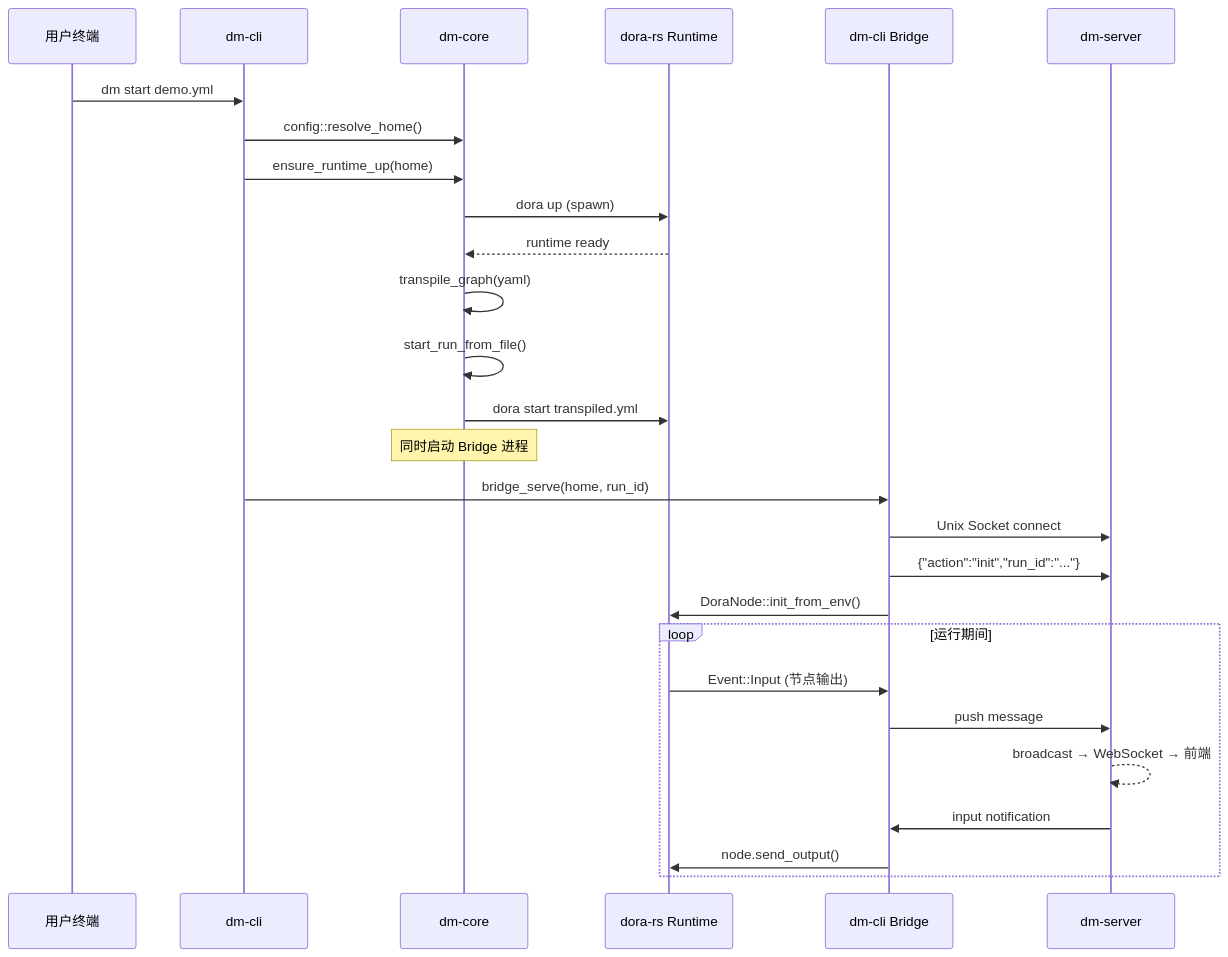
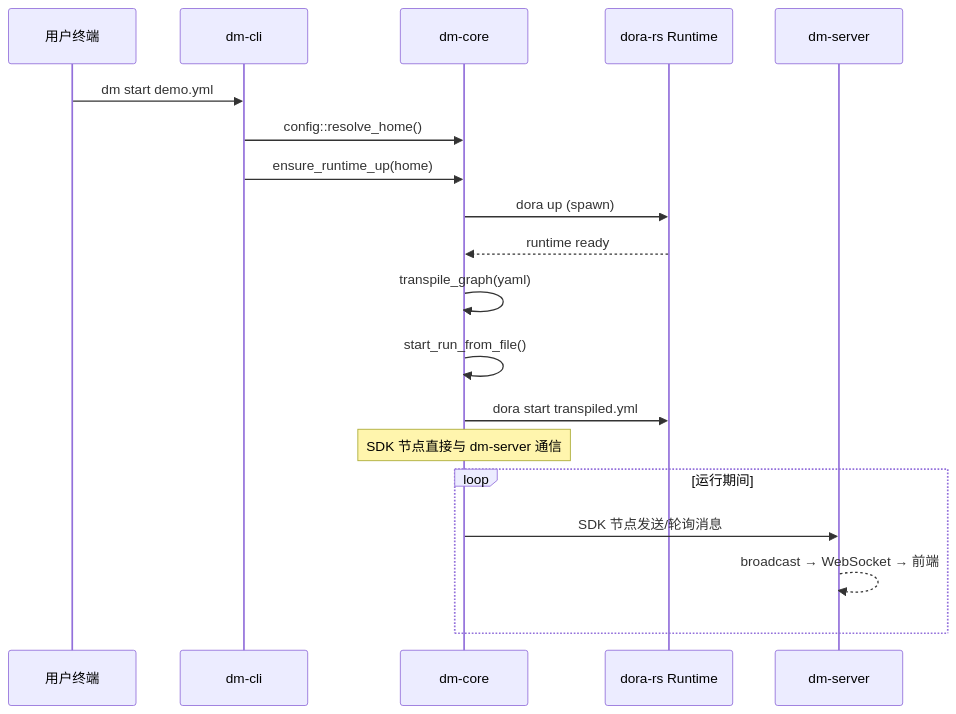
The second of 2 diagrams in wiki/zh/10-architecture-overview.md (l1veIn/dora-manager), drawn with Mermaid before and after one commit. The commit also changed other lines of this file and 29 other files, not shown here.

First line of the commit message:
docs: remove bridge references from wiki, update for SDK architecture

````diff
--- a/wiki/zh/10-architecture-overview.md
+++ b/wiki/zh/10-architecture-overview.md
@@ -320,30 +296,22 @@
 ```mermaid
 sequenceDiagram
     participant User as 用户终端
     participant CLI as dm-cli
     participant Core as dm-core
     participant Dora as dora-rs Runtime
-    participant Bridge as dm-cli Bridge
     participant Server as dm-server
 
     User->>CLI: dm start demo.yml
     CLI->>Core: config::resolve_home()
     CLI->>Core: ensure_runtime_up(home)
     Core->>Dora: dora up (spawn)
     Dora-->>Core: runtime ready
     Core->>Core: transpile_graph(yaml)
     Core->>Core: start_run_from_file()
     Core->>Dora: dora start transpiled.yml
-    Note over Core: 同时启动 Bridge 进程
-    CLI->>Bridge: bridge_serve(home, run_id)
-    Bridge->>Server: Unix Socket connect
-    Bridge->>Server: {"action":"init","run_id":"..."}
-    Bridge->>Dora: DoraNode::init_from_env()
+    Note over Core: SDK 节点直接与 dm-server 通信
     loop 运行期间
-        Dora->>Bridge: Event::Input (节点输出)
-        Bridge->>Server: push message
+        Core->>Server: SDK 节点发送/轮询消息
         Server-->>Server: broadcast → WebSocket → 前端
-        Server->>Bridge: input notification
-        Bridge->>Dora: node.send_output()
     end
 ```
````
